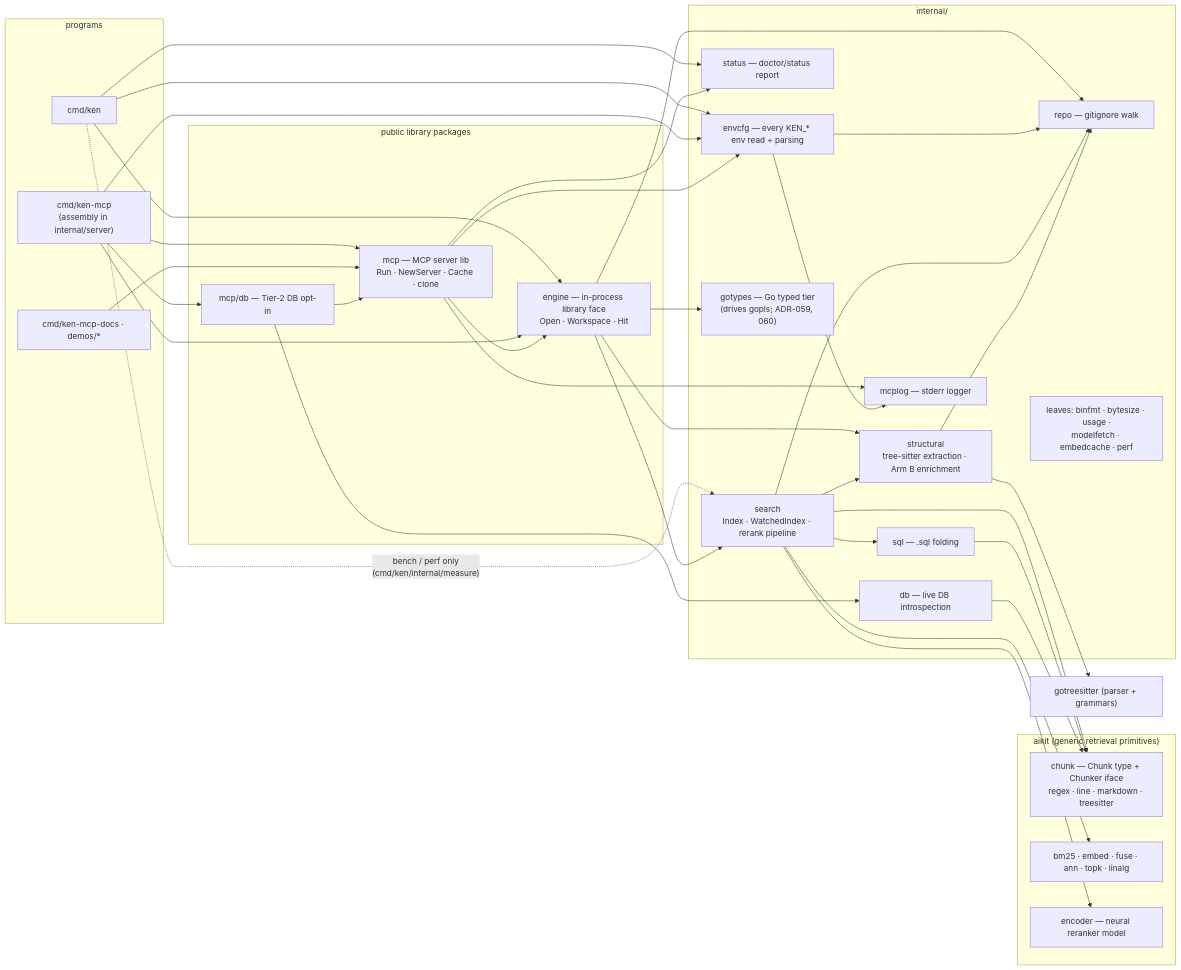
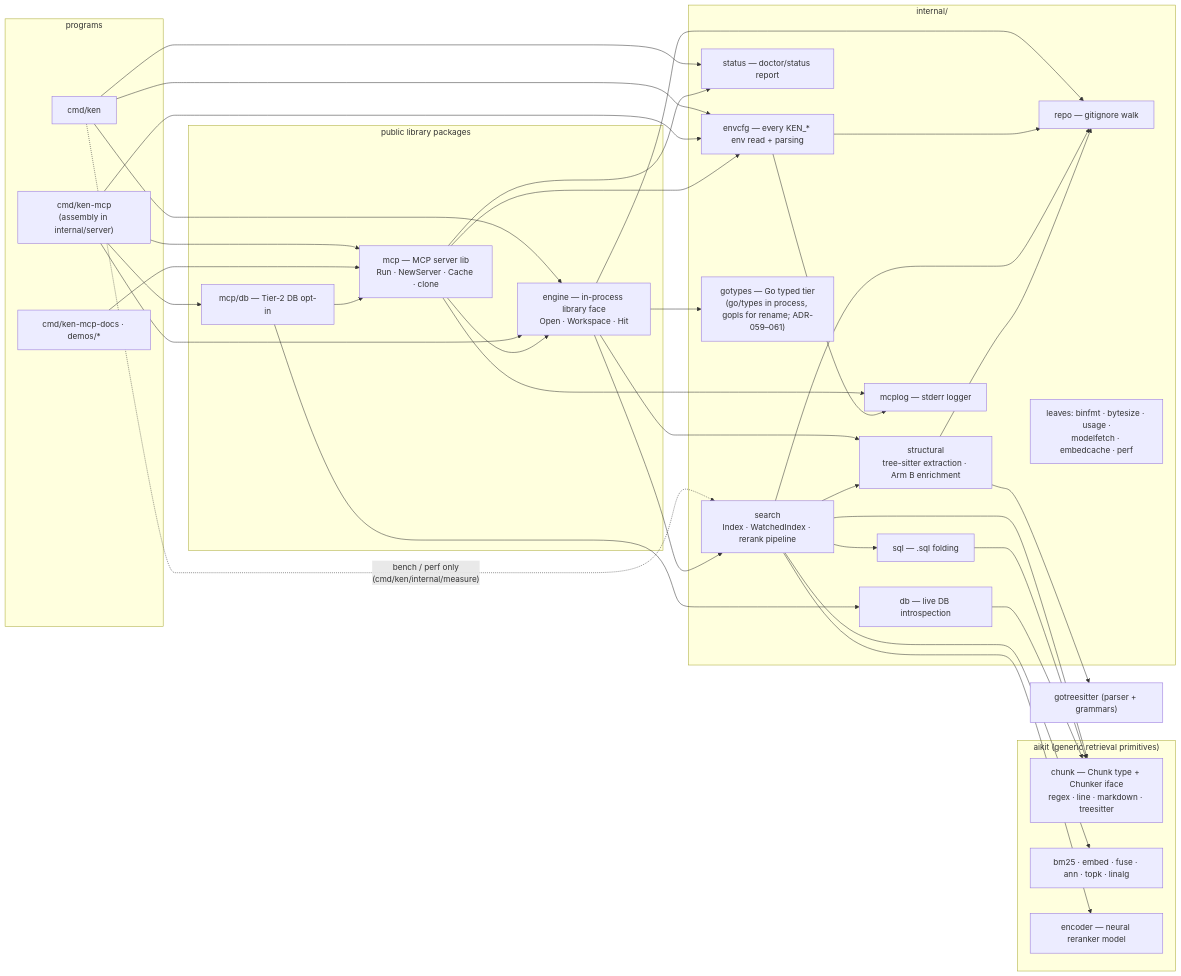
The first of 2 diagrams in ARCHITECTURE.md (townsendmerino/ken), drawn with Mermaid before and after one commit. The commit also changed other lines of this file and 10 other files, not shown here.

First line of the commit message:
ADR-061: the go/types engine, its differential record, and resident refresh in parallel

````diff
--- a/ARCHITECTURE.md
+++ b/ARCHITECTURE.md
@@ -15,44 +15,44 @@
 ```mermaid
 graph LR
     subgraph aikit ["aikit (generic retrieval primitives)"]
         chunk["chunk — Chunk type + Chunker iface<br/>regex · line · markdown · treesitter"]
         retr["bm25 · embed · fuse · ann · topk · linalg"]
         encoder["encoder — neural reranker model"]
     end
     gts["gotreesitter (parser + grammars)"]
     subgraph programs ["programs"]
         ken["cmd/ken"]
         kenmcp["cmd/ken-mcp<br/>(assembly in internal/server)"]
         embedded["cmd/ken-mcp-docs · demos/*"]
     end
     subgraph public ["public library packages"]
         engine["engine — in-process library face<br/>Open · Workspace · Hit"]
         mcppkg["mcp — MCP server lib<br/>Run · NewServer · Cache · clone"]
         mcpdb["mcp/db — Tier-2 DB opt-in"]
     end
     subgraph internal ["internal/"]
         search["search<br/>Index · WatchedIndex · rerank pipeline"]
         structural["structural<br/>tree-sitter extraction · Arm B enrichment"]
         repo["repo — gitignore walk"]
         sqlpkg["sql — .sql folding"]
         dbpkg["db — live DB introspection"]
         status["status — doctor/status report"]
         envcfg["envcfg — every KEN_* env read + parsing"]
         mcplog["mcplog — stderr logger"]
-        gotypes["gotypes — Go typed tier<br/>(drives gopls; ADR-059, 060)"]
+        gotypes["gotypes — Go typed tier<br/>(go/types in process, gopls for rename; ADR-059–061)"]
         small["leaves: binfmt · bytesize · usage ·<br/>modelfetch · embedcache · perf"]
     end
     ken --> engine & status & envcfg
     ken -. "bench / perf only<br/>(cmd/ken/internal/measure)" .-> search
     kenmcp --> engine & mcppkg & mcpdb & envcfg
     embedded --> mcppkg
     engine --> search & structural & repo & gotypes
     mcppkg --> engine & status & mcplog & envcfg
     mcpdb --> mcppkg & dbpkg
     envcfg --> mcplog & repo
     search --> structural & repo & sqlpkg
     structural --> repo
     search --> chunk & retr & encoder
     structural --> gts
     sqlpkg & dbpkg --> chunk
 ```
````
